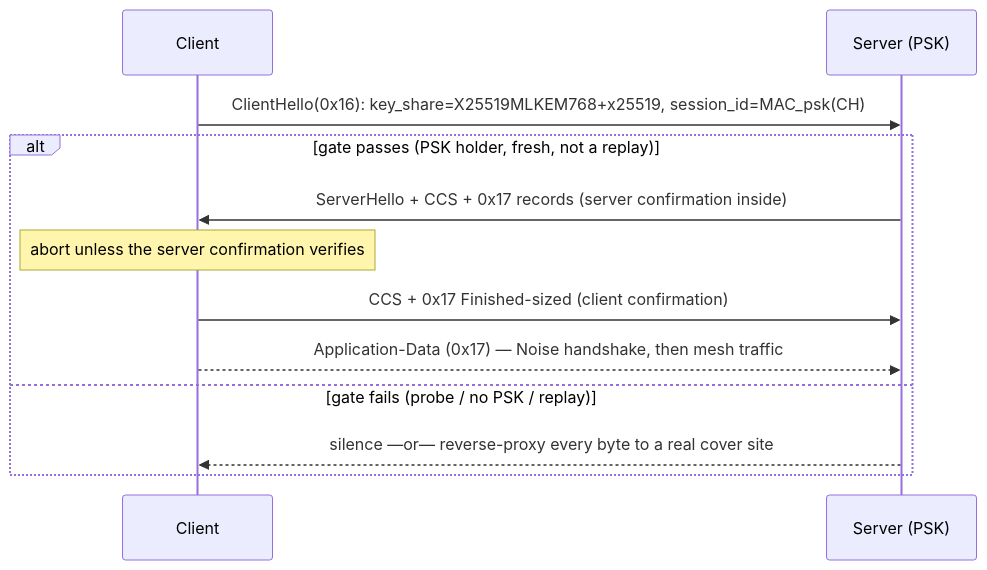
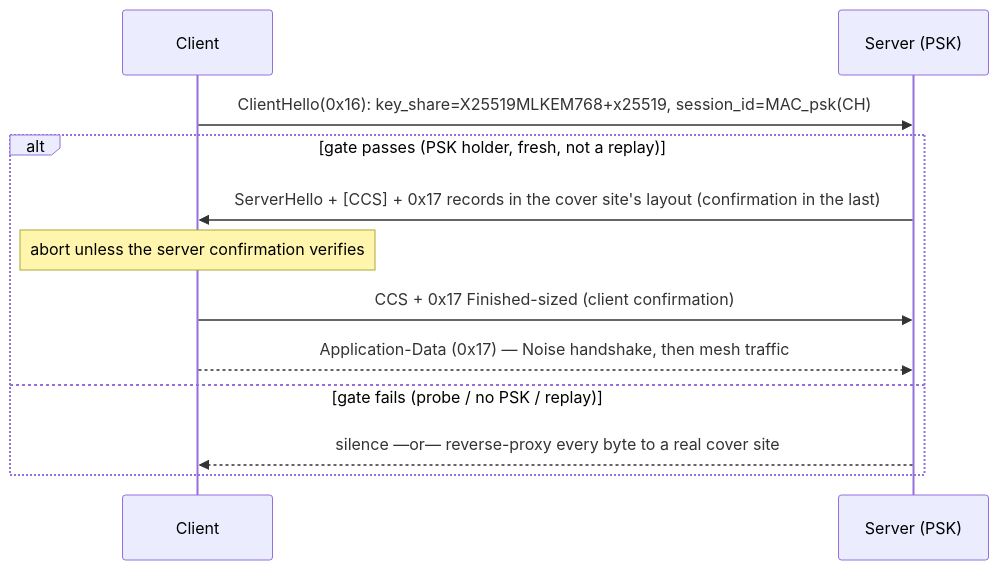
Before and after one commit to AlexMelanFromRingo/uber-mesh: the second of 3 diagrams in ARCHITECTURE.md, drawn with Mermaid. The commit also changed other lines of this file and 39 other files, not shown here.

````diff
--- a/ARCHITECTURE.md
+++ b/ARCHITECTURE.md
@@ -114,14 +121,14 @@
 ```mermaid
 sequenceDiagram
     participant C as Client
     participant S as Server (PSK)
     C->>S: ClientHello(0x16): key_share=X25519MLKEM768+x25519, session_id=MAC_psk(CH)
     alt gate passes (PSK holder, fresh, not a replay)
-        S->>C: ServerHello + CCS + 0x17 records (server confirmation inside)
+        S->>C: ServerHello + [CCS] + 0x17 records in the cover site's layout (confirmation in the last)
         Note over C: abort unless the server confirmation verifies
         C->>S: CCS + 0x17 Finished-sized (client confirmation)
         C-->>S: Application-Data (0x17) — Noise handshake, then mesh traffic
     else gate fails (probe / no PSK / replay)
         S-->>C: silence  —or—  reverse-proxy every byte to a real cover site
     end
 ```
````
